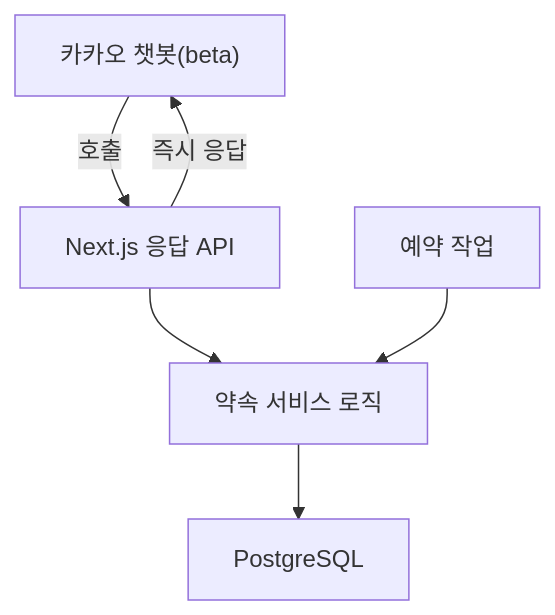
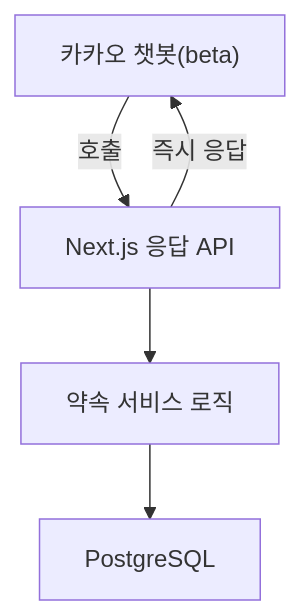
The diagram in docs/architecture/TECH_STACK.md (zeus1560/yaksok), drawn with Mermaid before and after one commit. The commit also changed other lines of this file and 10 other files, not shown here.

````diff
--- a/docs/architecture/TECH_STACK.md
+++ b/docs/architecture/TECH_STACK.md
@@ -73,8 +73,7 @@
 ```mermaid
 flowchart TD
     K["카카오 챗봇(beta)"] -->|"호출"| N["Next.js 응답 API"]
     N --> S["약속 서비스 로직"]
     S --> D["PostgreSQL"]
-    J["예약 작업"] --> S
     N -->|"즉시 응답"| K
 ```
````
